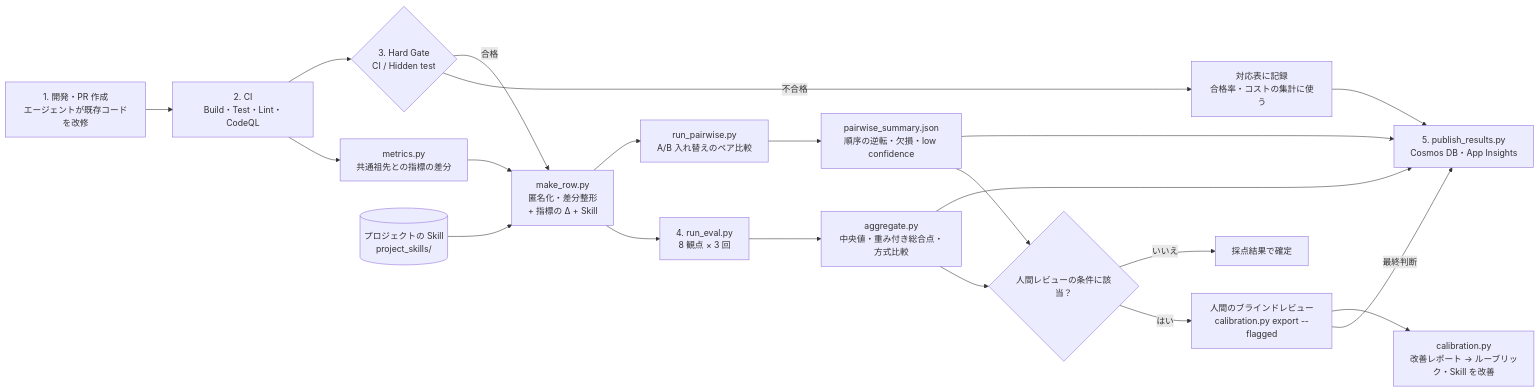
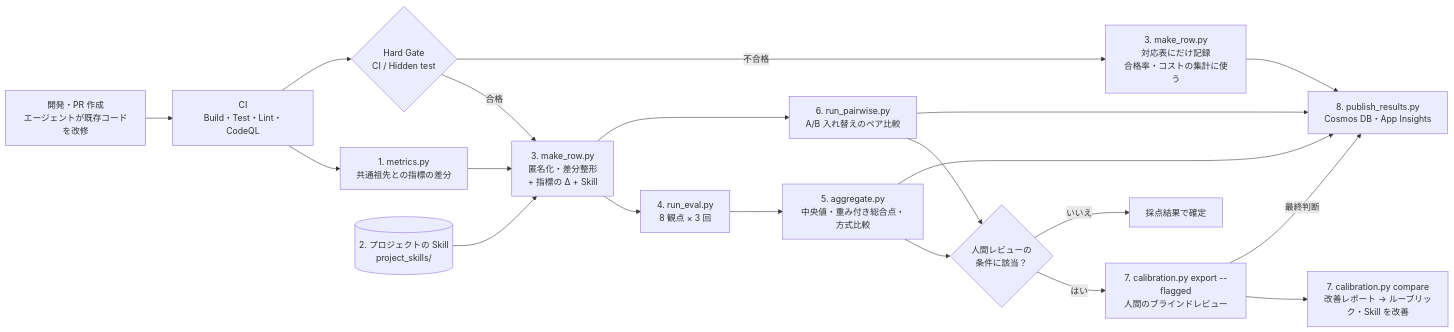
The first of 3 diagrams in README.md (tniita/llm-judge-for-agentic-coding), drawn with Mermaid before and after one commit. The commit also changed other lines of this file, not shown here.

````diff
--- a/README.md
+++ b/README.md
@@ -9,23 +9,22 @@
 ```mermaid
 flowchart LR
-  A[1. 開発・PR 作成<br>エージェントが既存コードを改修] --> CI[2. CI<br>Build・Test・Lint・CodeQL]
-  CI --> MX[metrics.py<br>共通祖先との指標の差分]
-  CI --> B{3. Hard Gate<br>CI / Hidden test}
-  B -- 不合格 --> M[対応表に記録<br>合格率・コストの集計に使う]
-  B -- 合格 --> C[make_row.py<br>匿名化・差分整形<br>+ 指標の Δ + Skill]
+  A[開発・PR 作成<br>エージェントが既存コードを改修] --> CI[CI<br>Build・Test・Lint・CodeQL]
+  CI --> MX[1. metrics.py<br>共通祖先との指標の差分]
+  CI --> B{Hard Gate<br>CI / Hidden test}
+  S[(2. プロジェクトの Skill<br>project_skills/)] --> C
+  B -- 合格 --> C[3. make_row.py<br>匿名化・差分整形<br>+ 指標の Δ + Skill]
+  B -- 不合格 --> M[3. make_row.py<br>対応表にだけ記録<br>合格率・コストの集計に使う]
   MX --> C
-  S[(プロジェクトの Skill<br>project_skills/)] --> C
   C --> D[4. run_eval.py<br>8 観点 × 3 回]
-  C --> P[run_pairwise.py<br>A/B 入れ替えのペア比較]
-  D --> E[aggregate.py<br>中央値・重み付き総合点・方式比較]
-  P --> F[pairwise_summary.json<br>順序の逆転・欠損・low confidence]
-  E --> H{人間レビューの条件に該当？}
-  F --> H
-  H -- はい --> R[人間のブラインドレビュー<br>calibration.py export --flagged]
+  D --> E[5. aggregate.py<br>中央値・重み付き総合点・方式比較]
+  C --> P[6. run_pairwise.py<br>A/B 入れ替えのペア比較]
+  E --> H{人間レビューの<br>条件に該当？}
+  P --> H
+  H -- はい --> R[7. calibration.py export --flagged<br>人間のブラインドレビュー]
   H -- いいえ --> OK[採点結果で確定]
+  R --> K[7. calibration.py compare<br>改善レポート → ルーブリック・Skill を改善]
+  E --> V[8. publish_results.py<br>Cosmos DB・App Insights]
+  P --> V
+  M --> V
   R -- 最終判断 --> V
-  E --> V[5. publish_results.py<br>Cosmos DB・App Insights]
-  F --> V
-  M --> V
-  R --> K[calibration.py<br>改善レポート → ルーブリック・Skill を改善]
 ```
````
